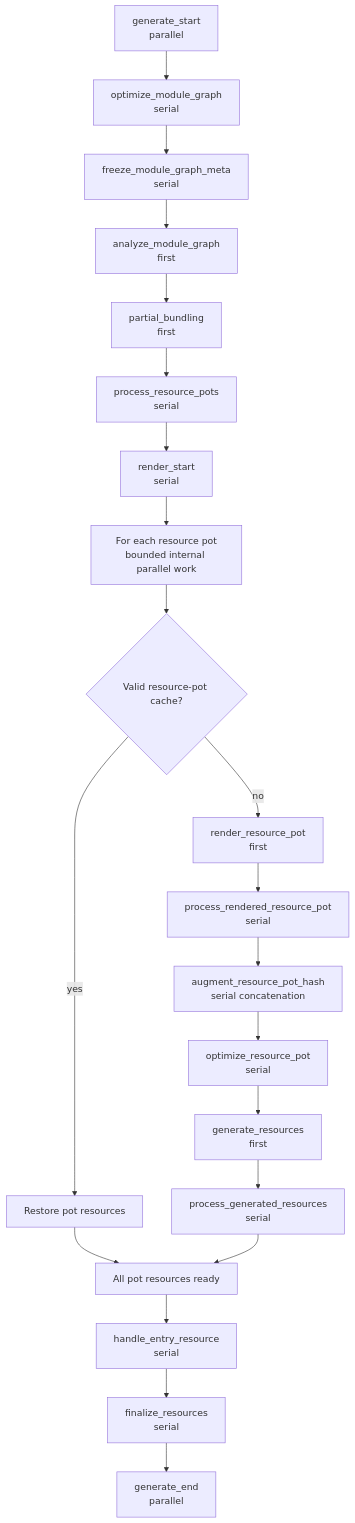
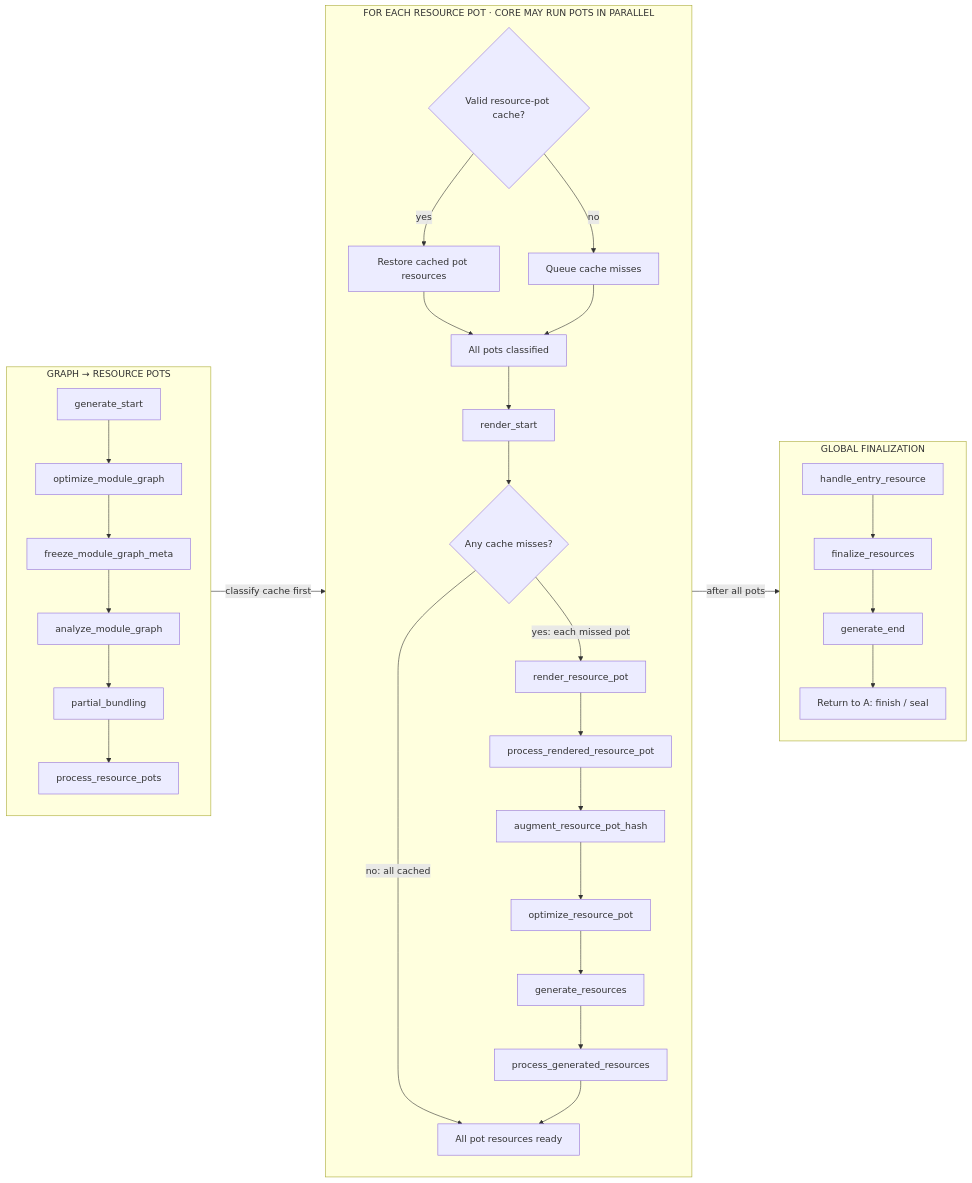
One commit to farm-fe/farm changed the diagram in website/static/diagrams/rust-plugin-generate.mmd. Above: the diagram before and after it, drawn with Mermaid. The commit also changed 26 other files, not shown here.

Commit message:
feat(docs): adopt Farm brand code and diagram presentation

```diff
--- a/website/static/diagrams/rust-plugin-generate.mmd
+++ b/website/static/diagrams/rust-plugin-generate.mmd
@@ -1,24 +1,28 @@
-flowchart TD
-  accTitle: Resource generation and pot cache
-  accDescr: Global generation hooks run even when resource pots are cached. Only the per-pot rendering chain is skipped by a valid resource-pot cache.
-  generate_start["generate_start<br/>parallel"]
-  optimize_module_graph["optimize_module_graph<br/>serial"]
-  freeze_module_graph_meta["freeze_module_graph_meta<br/>serial"]
-  analyze_module_graph["analyze_module_graph<br/>first"]
-  partial_bundling["partial_bundling<br/>first"]
-  process_resource_pots["process_resource_pots<br/>serial"]
-  render_start["render_start<br/>serial"]
-  render_resource_pot["render_resource_pot<br/>first"]
-  process_rendered_resource_pot["process_rendered_resource_pot<br/>serial"]
-  augment_resource_pot_hash["augment_resource_pot_hash<br/>serial concatenation"]
-  optimize_resource_pot["optimize_resource_pot<br/>serial"]
-  generate_resources["generate_resources<br/>first"]
-  process_generated_resources["process_generated_resources<br/>serial"]
-  handle_entry_resource["handle_entry_resource<br/>serial"]
-  finalize_resources["finalize_resources<br/>serial"]
-  generate_end["generate_end<br/>parallel"]
-  generate_start --> optimize_module_graph --> freeze_module_graph_meta --> analyze_module_graph --> partial_bundling --> process_resource_pots --> render_start
-  render_start --> Each["For each resource pot<br/>bounded internal parallel work"] --> Hit{"Valid resource-pot cache?"}
-  Hit -->|yes| Reuse["Restore pot resources"] --> Barrier["All pot resources ready"]
-  Hit -->|no| render_resource_pot --> process_rendered_resource_pot --> augment_resource_pot_hash --> optimize_resource_pot --> generate_resources --> process_generated_resources --> Barrier
-  Barrier --> handle_entry_resource --> finalize_resources --> generate_end
+flowchart LR
+  accTitle: C · Resource generation and resource-pot cache
+  accDescr: Global hooks execute around resource-pot work. A valid pot cache skips only its rendering and generation chain. Different pots may run concurrently; serial and first describe callbacks within one hook.
+  subgraph Global[GRAPH → RESOURCE POTS]
+    direction TB
+    generate_start[generate_start]:::parallel --> optimize_module_graph[optimize_module_graph]:::serial
+    optimize_module_graph --> freeze_module_graph_meta[freeze_module_graph_meta]:::serial --> analyze_module_graph[analyze_module_graph]:::first
+    analyze_module_graph --> partial_bundling[partial_bundling]:::first --> process_resource_pots[process_resource_pots]:::serial
+  end
+  subgraph Pots[FOR EACH RESOURCE POT · CORE MAY RUN POTS IN PARALLEL]
+    direction TB
+    Hit{Valid resource-pot cache?}:::gate
+    Hit -->|yes| Restored[Restore cached pot resources]:::reuse --> Classified[All pots classified]:::core
+    Hit -->|no| Misses[Queue cache misses]:::core --> Classified
+    Classified --> render_start[render_start]:::serial --> Work{Any cache misses?}:::gate
+    Work -->|no: all cached| All[All pot resources ready]:::core
+    Work -->|yes: each missed pot| render_resource_pot[render_resource_pot]:::first
+    render_resource_pot --> process_rendered_resource_pot[process_rendered_resource_pot]:::serial
+    process_rendered_resource_pot --> augment_resource_pot_hash[augment_resource_pot_hash]:::serial
+    augment_resource_pot_hash --> optimize_resource_pot[optimize_resource_pot]:::serial --> generate_resources[generate_resources]:::first
+    generate_resources --> process_generated_resources[process_generated_resources]:::serial --> All
+  end
+  subgraph Final[GLOBAL FINALIZATION]
+    direction TB
+    handle_entry_resource[handle_entry_resource]:::serial --> finalize_resources[finalize_resources]:::serial --> generate_end[generate_end]:::parallel
+    generate_end --> Return[Return to A: finish / seal]:::core
+  end
+  Global -->|classify cache first| Pots -->|after all pots| Final
```
